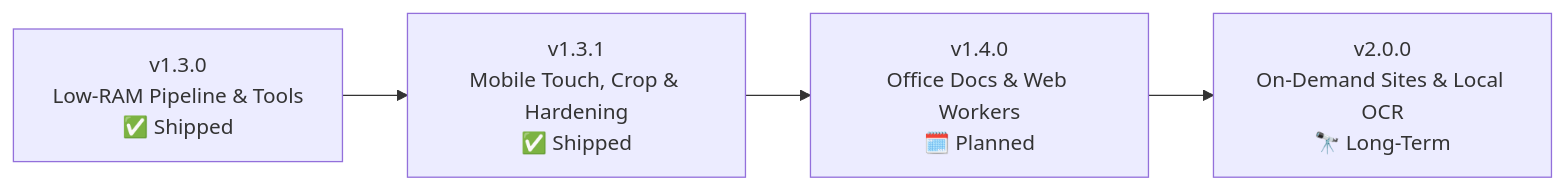
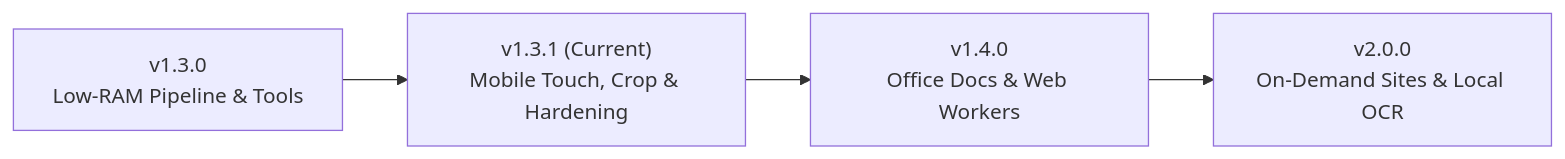
Before and after one commit to m21dev/clipzero: the diagram in ROADMAP.md, drawn with Mermaid. The commit also changed other lines of this file and 8 other files, not shown here.

Commit message:
Release v1.3.1:mobile & editor polish, security hardering, and sober README/roadmap

````diff
--- a/ROADMAP.md
+++ b/ROADMAP.md
@@ -5,6 +5,6 @@
 ```mermaid
 flowchart LR
-    V130["v1.3.0<br/>Low-RAM Pipeline & Tools<br/>✅ Shipped"] --> V131["v1.3.1<br/>Mobile Touch, Crop & Hardening<br/>✅ Shipped"]
-    V131 --> V140["v1.4.0<br/>Office Docs & Web Workers<br/>🗓️ Planned"]
-    V140 --> V200["v2.0.0<br/>On-Demand Sites & Local OCR<br/>🔭 Long-Term"]
+    V130["v1.3.0<br/>Low-RAM Pipeline & Tools"] --> V131["v1.3.1 (Current)<br/>Mobile Touch, Crop & Hardening"]
+    V131 --> V140["v1.4.0<br/>Office Docs & Web Workers"]
+    V140 --> V200["v2.0.0<br/>On-Demand Sites & Local OCR"]
 ```
````
